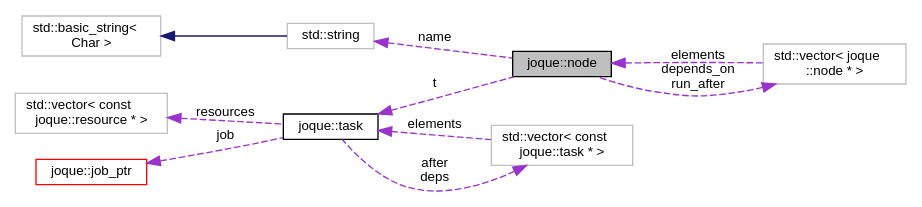
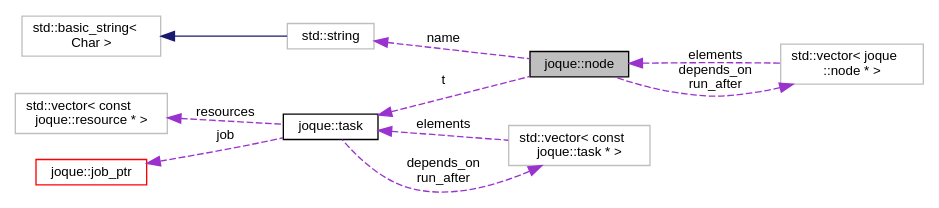
One commit to koniarik/joque changed the diagram in structjoque_1_1node__coll__graph.dot. Above: the diagram before and after it, drawn with Graphviz. The commit also changed 154 other files, not shown here.

```diff
--- a/structjoque_1_1node__coll__graph.dot
+++ b/structjoque_1_1node__coll__graph.dot
@@ -1,24 +1,24 @@
 digraph "joque::node"
 {
  // LATEX_PDF_SIZE
   edge [fontname="Helvetica",fontsize="10",labelfontname="Helvetica",labelfontsize="10"];
   node [fontname="Helvetica",fontsize="10",shape=record];
   rankdir="LR";
   Node1 [label="joque::node",height=0.2,width=0.4,color="black", fillcolor="grey75", style="filled", fontcolor="black",tooltip="Node representing all execution-related information for one task."];
   Node2 -> Node1 [dir="back",color="darkorchid3",fontsize="10",style="dashed",label=" depends_on\nrun_after" ,fontname="Helvetica"];
   Node2 [label="std::vector\< joque\l::node * \>",height=0.2,width=0.4,color="grey75", fillcolor="white", style="filled",tooltip=" "];
   Node1 -> Node2 [dir="back",color="darkorchid3",fontsize="10",style="dashed",label=" elements" ,fontname="Helvetica"];
   Node3 -> Node1 [dir="back",color="darkorchid3",fontsize="10",style="dashed",label=" name" ,fontname="Helvetica"];
   Node3 [label="std::string",height=0.2,width=0.4,color="grey75", fillcolor="white", style="filled",tooltip=" "];
   Node4 -> Node3 [dir="back",color="midnightblue",fontsize="10",style="solid",fontname="Helvetica"];
   Node4 [label="std::basic_string\<\l Char \>",height=0.2,width=0.4,color="grey75", fillcolor="white", style="filled",tooltip=" "];
   Node5 -> Node1 [dir="back",color="darkorchid3",fontsize="10",style="dashed",label=" t" ,fontname="Helvetica"];
-  Node5 [label="joque::task",height=0.2,width=0.4,color="black", fillcolor="white", style="filled",URL="$namespacejoque.html#structjoque_1_1task",tooltip=" "];
+  Node5 [label="joque::task",height=0.2,width=0.4,color="black", fillcolor="white", style="filled",URL="$namespacejoque.html#structjoque_1_1task",tooltip="Single task that should be executed by the system."];
   Node6 -> Node5 [dir="back",color="darkorchid3",fontsize="10",style="dashed",label=" resources" ,fontname="Helvetica"];
   Node6 [label="std::vector\< const\l joque::resource * \>",height=0.2,width=0.4,color="grey75", fillcolor="white", style="filled",tooltip=" "];
   Node8 -> Node5 [dir="back",color="darkorchid3",fontsize="10",style="dashed",label=" job" ,fontname="Helvetica"];
-  Node8 [label="joque::job_ptr",height=0.2,width=0.4,color="red", fillcolor="white", style="filled",URL="$structjoque_1_1job__ptr.html",tooltip=" "];
-  Node11 -> Node5 [dir="back",color="darkorchid3",fontsize="10",style="dashed",label=" after\ndeps" ,fontname="Helvetica"];
+  Node8 [label="joque::job_ptr",height=0.2,width=0.4,color="red", fillcolor="white", style="filled",URL="$structjoque_1_1job__ptr.html",tooltip="Custom unique_ptr wrapper that simplifies syntax of tasks."];
+  Node11 -> Node5 [dir="back",color="darkorchid3",fontsize="10",style="dashed",label=" depends_on\nrun_after" ,fontname="Helvetica"];
   Node11 [label="std::vector\< const\l joque::task * \>",height=0.2,width=0.4,color="grey75", fillcolor="white", style="filled",tooltip=" "];
   Node5 -> Node11 [dir="back",color="darkorchid3",fontsize="10",style="dashed",label=" elements" ,fontname="Helvetica"];
 }
```
